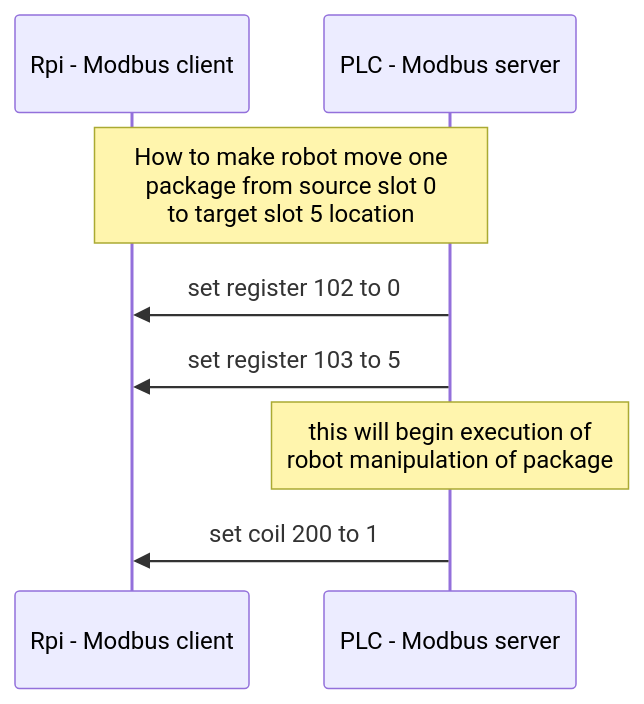
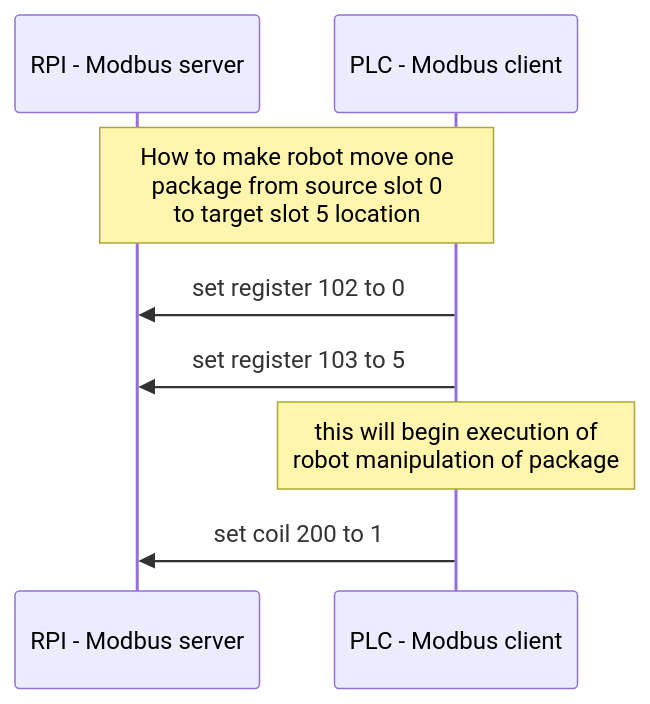
One commit to fsprojekti/rack-warehouse-jetmax changed the second of 2 diagrams in README.md. Above: the diagram before and after it, drawn with Mermaid. The commit also changed other lines of this file, not shown here.

````diff
--- a/README.md
+++ b/README.md
@@ -88,10 +112,10 @@
 ```mermaid
     sequenceDiagram
-    participant RPI as Rpi - Modbus client
-    participant PLC as PLC - Modbus server
+    participant RPI as RPI - Modbus server
+    participant PLC as PLC - Modbus client
     Note over RPI, PLC: How to make robot move one <br>package from source slot 0 <br>to target slot 5 location
     PLC->>RPI:set register 102 to 0
     PLC->>RPI:set register 103 to 5
     Note over PLC: this will begin execution of <br> robot manipulation of package
     PLC->>RPI:set coil 200 to 1
 ```
````
